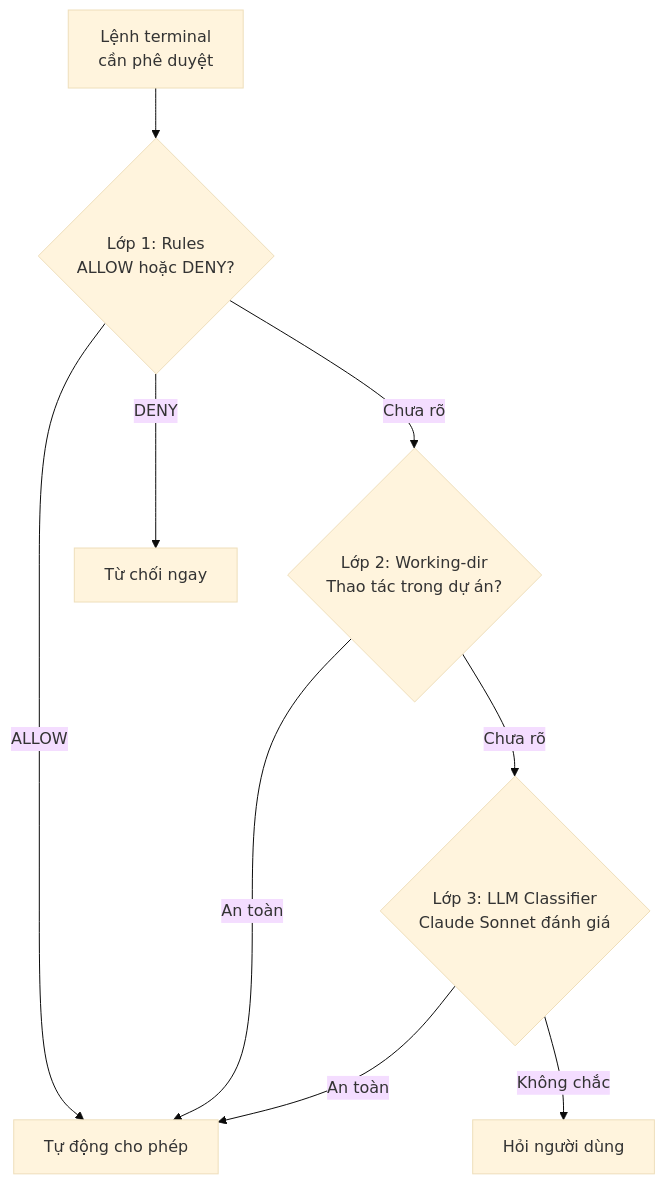
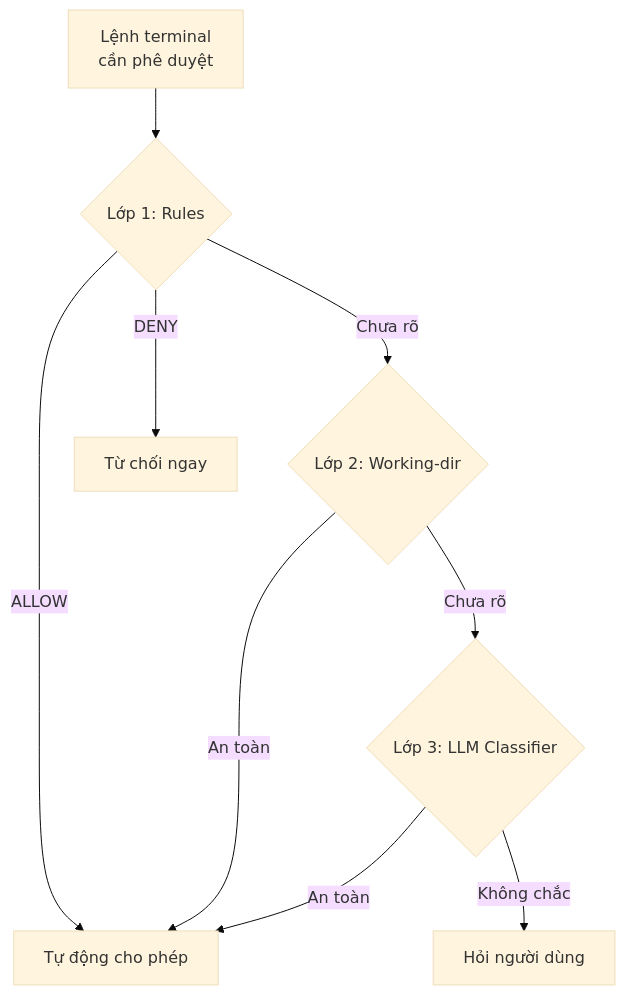
The third of 3 diagrams in content/posts/toan-tap-coding-friend-ai-engineering.md (nguyengoctin/my_website), drawn with Mermaid (base theme) before and after one commit. The commit also changed 22 other files, not shown here.

````diff
--- a/content/posts/toan-tap-coding-friend-ai-engineering.md
+++ b/content/posts/toan-tap-coding-friend-ai-engineering.md
@@ -273,18 +273,18 @@
 ```mermaid
 flowchart TD
     Cmd["Lệnh terminal<br/>cần phê duyệt"]
-    L1{"Lớp 1: Rules<br/>ALLOW hoặc DENY?"}
-    L2{"Lớp 2: Working-dir<br/>Thao tác trong dự án?"}
-    L3{"Lớp 3: LLM Classifier<br/>Claude Sonnet đánh giá"}
+    L1{"Lớp 1: Rules"}
+    L2{"Lớp 2: Working-dir"}
+    L3{"Lớp 3: LLM Classifier"}
     Allow["Tự động cho phép"]
     Deny["Từ chối ngay"]
     Ask["Hỏi người dùng"]
     Cmd --> L1
     L1 -->|ALLOW| Allow
     L1 -->|DENY| Deny
     L1 -->|Chưa rõ| L2
     L2 -->|An toàn| Allow
     L2 -->|Chưa rõ| L3
     L3 -->|An toàn| Allow
     L3 -->|Không chắc| Ask
 ```
````
